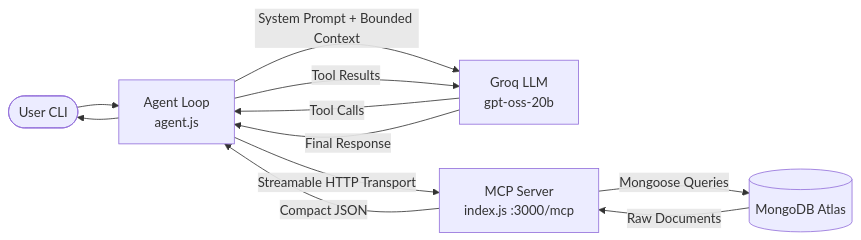
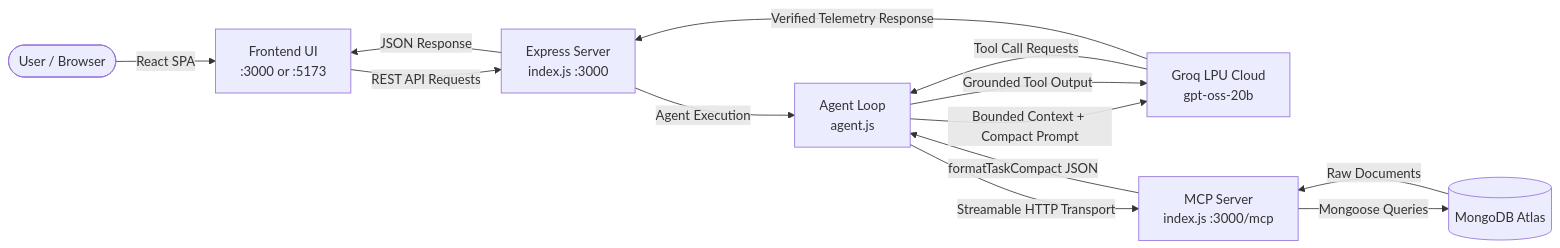
The diagram in README.md (divyanshujains/Alexa-plus), drawn with Mermaid before and after one commit. The commit also changed other lines of this file and 46 other files, not shown here.

````diff
--- a/README.md
+++ b/README.md
@@ -37,13 +69,15 @@
 ```mermaid
 flowchart LR
-    User([User CLI]) --> Agent[Agent Loop\nagent.js]
-    Agent -->|System Prompt + Bounded Context| Groq[Groq LLM\ngpt-oss-20b]
-    Groq -->|Tool Calls| Agent
+    User([User / Browser]) -->|React SPA| UI[Frontend UI\n:3000 or :5173]
+    UI -->|REST API Requests| Server[Express Server\nindex.js :3000]
+    Server -->|Agent Execution| Agent[Agent Loop\nagent.js]
+    Agent -->|Bounded Context + Compact Prompt| Groq[Groq LPU Cloud\ngpt-oss-20b]
+    Groq -->|Tool Call Requests| Agent
     Agent -->|Streamable HTTP Transport| MCP[MCP Server\nindex.js :3000/mcp]
     MCP -->|Mongoose Queries| MongoDB[(MongoDB Atlas)]
     MongoDB -->|Raw Documents| MCP
-    MCP -->|Compact JSON| Agent
-    Agent -->|Tool Results| Groq
-    Groq -->|Final Response| Agent
-    Agent --> User
+    MCP -->|formatTaskCompact JSON| Agent
+    Agent -->|Grounded Tool Output| Groq
+    Groq -->|Verified Telemetry Response| Server
+    Server -->|JSON Response| UI
 ```
````
